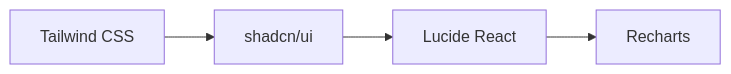
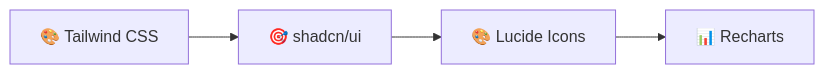
Before and after one commit to sep490-drivemate-system/webapp: the eighth of 17 diagrams in README.md, drawn with Mermaid. The commit also changed other lines of this file and 1 other file, not shown here.

````diff
--- a/README.md
+++ b/README.md
@@ -310,6 +183,6 @@
 ```mermaid
 graph LR
-    Tailwind[Tailwind CSS] --> Shadcn[shadcn/ui]
-    Shadcn --> Lucide[Lucide React]
-    Lucide --> Recharts[Recharts]
+    Tailwind[🎨 Tailwind CSS] --> Shadcn[🎯 shadcn/ui]
+    Shadcn --> Lucide[🎨 Lucide Icons]
+    Lucide --> Recharts[📊 Recharts]
 ```
````
